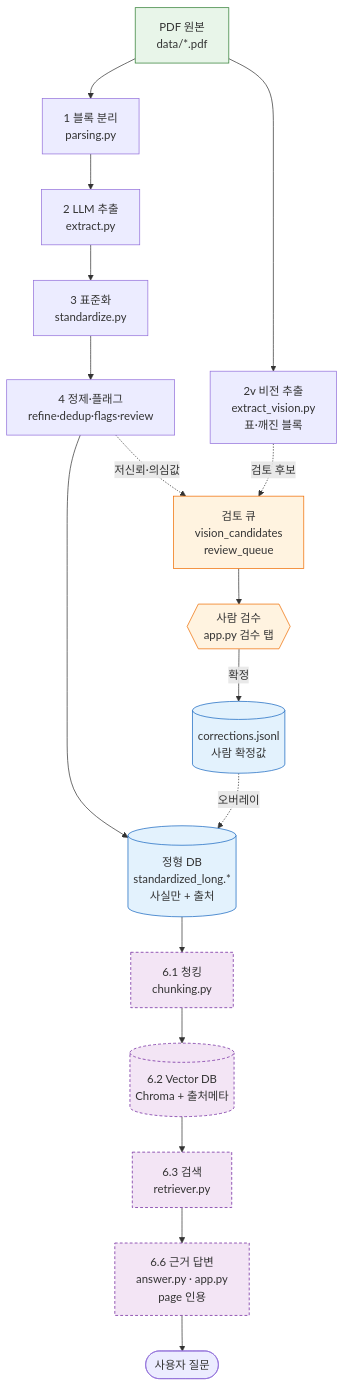
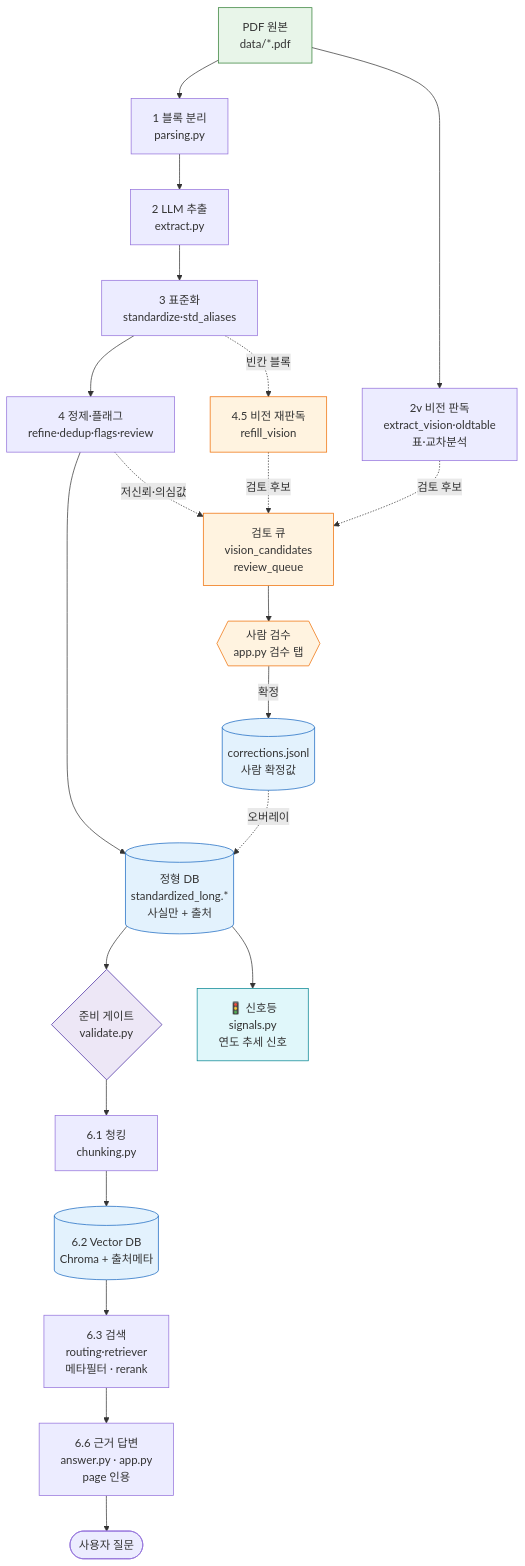
One commit to mslim-tech/k-green-signal changed the diagram in README.md. Above: the diagram before and after it, drawn with Mermaid. The commit also changed other lines of this file and 16 other files, not shown here.

````diff
--- a/README.md
+++ b/README.md
@@ -33,28 +48,34 @@
 ```mermaid
 flowchart TD
     PDF[PDF 원본<br/>data/*.pdf]:::src
 
     PDF --> P1[1 블록 분리<br/>parsing.py]
     P1 --> EX[2 LLM 추출<br/>extract.py]
-    PDF --> PV[2v 비전 추출<br/>extract_vision.py<br/>표·깨진 블록]
-    EX --> STD[3 표준화<br/>standardize.py]
+    PDF --> PV[2v 비전 판독<br/>extract_vision·oldtable<br/>표·교차분석]
+    EX --> STD[3 표준화<br/>standardize·std_aliases]
     STD --> REF[4 정제·플래그<br/>refine·dedup·flags·review]
     REF --> DB[(정형 DB<br/>standardized_long.*<br/>사실만 + 출처)]:::db
 
     PV -. 검토 후보 .-> RQ[검토 큐<br/>vision_candidates<br/>review_queue]:::rev
     REF -. 저신뢰·의심값 .-> RQ
+    STD -. 빈칸 블록 .-> RV[4.5 비전 재판독<br/>refill_vision]:::rev
+    RV -. 검토 후보 .-> RQ
     RQ --> HU{{사람 검수<br/>app.py 검수 탭}}:::rev
     HU -->|확정| COR[(corrections.jsonl<br/>사람 확정값)]:::db
     COR -. 오버레이 .-> DB
 
-    DB --> CHU[6.1 청킹<br/>chunking.py]:::todo
-    CHU --> IDX[(6.2 Vector DB<br/>Chroma + 출처메타)]:::todo
-    IDX --> RET[6.3 검색<br/>retriever.py]:::todo
-    RET --> ANS[6.6 근거 답변<br/>answer.py · app.py<br/>page 인용]:::todo
+    DB --> VAL{준비 게이트<br/>validate.py}:::gate
+    VAL --> CHU[6.1 청킹<br/>chunking.py]
+    CHU --> IDX[(6.2 Vector DB<br/>Chroma + 출처메타)]:::db
+    IDX --> RET[6.3 검색<br/>routing·retriever<br/>메타필터 · rerank]
+    RET --> ANS[6.6 근거 답변<br/>answer.py · app.py<br/>page 인용]
     ANS --> USER([사용자 질문])
+
+    DB --> SIG[🚦 신호등<br/>signals.py<br/>연도 추세 신호]:::sig
 
     classDef src fill:#E8F5E9,stroke:#2E7D32;
     classDef db fill:#E3F2FD,stroke:#1565C0;
     classDef rev fill:#FFF3E0,stroke:#EF6C00;
-    classDef todo fill:#F3E5F5,stroke:#6A1B9A,stroke-dasharray:4 3;
+    classDef gate fill:#EDE7F6,stroke:#4527A0;
+    classDef sig fill:#E0F7FA,stroke:#00838F;
 ```
````
